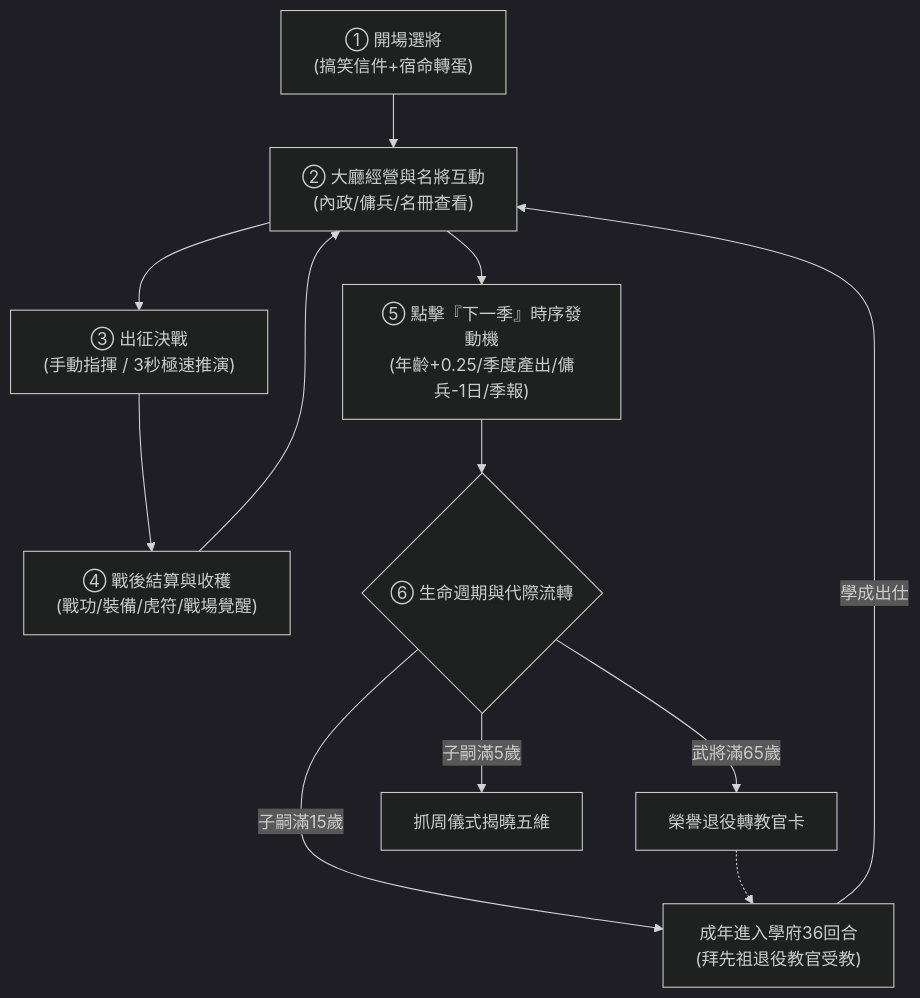
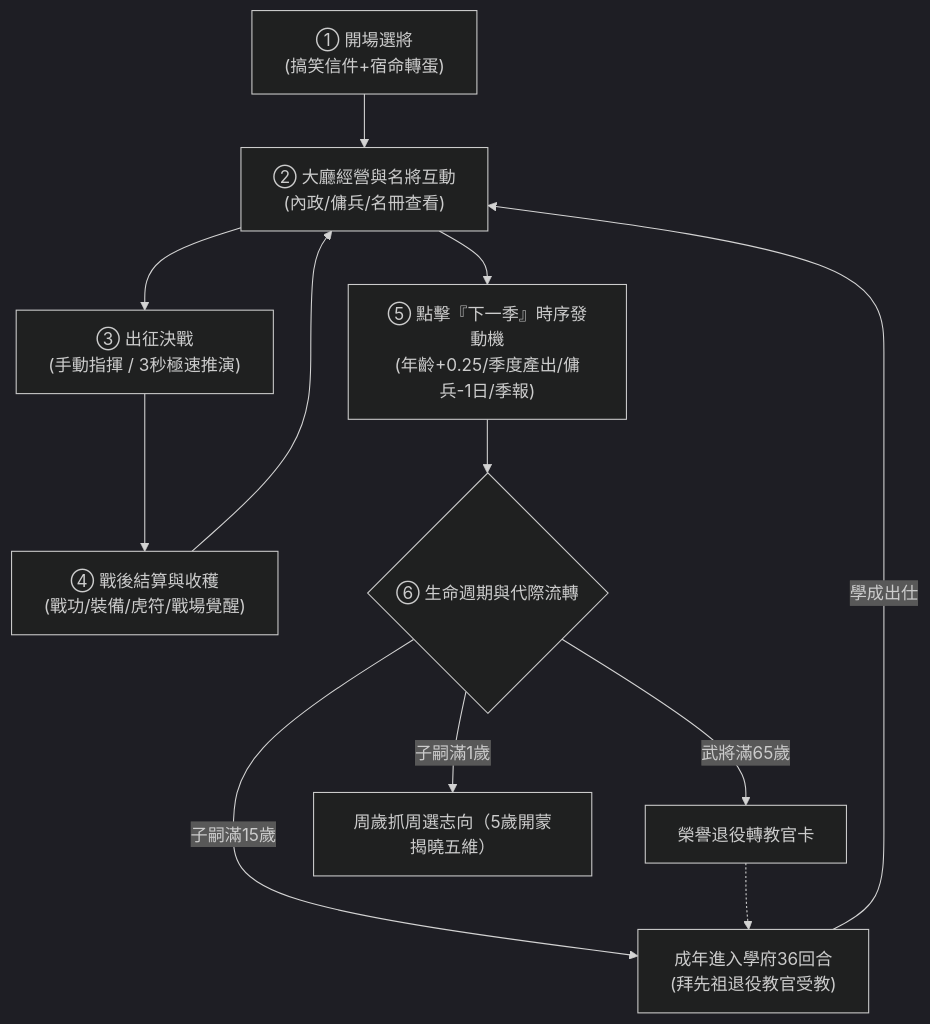
The diagram in docs/遊戲規格文件/系統規格書/三國人生MVP閉環全流程串接與時間發動機總綱規格書.md (eaglhuang/3klife), drawn with Mermaid (dark theme) before and after one commit. The commit also changed other lines of this file and 36 other files, not shown here.

````diff
--- a/docs/遊戲規格文件/系統規格書/三國人生MVP閉環全流程串接與時間發動機總綱規格書.md
+++ b/docs/遊戲規格文件/系統規格書/三國人生MVP閉環全流程串接與時間發動機總綱規格書.md
@@ -11,14 +13,14 @@
 ```mermaid
 flowchart TD
     A["① 開場選將<br/>(搞笑信件+宿命轉蛋)"] --> B["② 大廳經營與名將互動<br/>(內政/傭兵/名冊查看)"]
     B --> C["③ 出征決戰<br/>(手動指揮 / 3秒極速推演)"]
     C --> D["④ 戰後結算與收穫<br/>(戰功/裝備/虎符/戰場覺醒)"]
     D --> B
     B --> E["⑤ 點擊『下一季』時序發動機<br/>(年齡+0.25/季度產出/傭兵-1日/季報)"]
     E --> F{"⑥ 生命週期與代際流轉"}
     F -->|"武將滿65歲"| G["榮譽退役轉教官卡"]
-    F -->|"子嗣滿5歲"| H["抓周儀式揭曉五維"]
+    F -->|"子嗣滿1歲"| H["周歲抓周選志向（5歲開蒙揭曉五維）"]
     F -->|"子嗣滿15歲"| I["成年進入學府36回合<br/>(拜先祖退役教官受教)"]
     G -.-> I
     I -->|"學成出仕"| B
 ```
````
